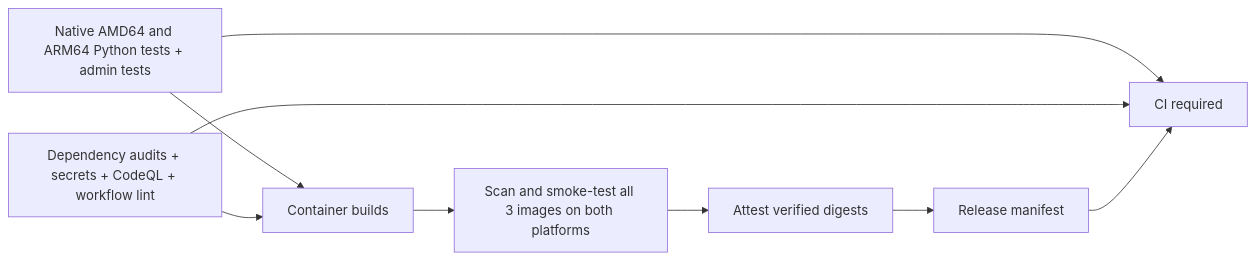
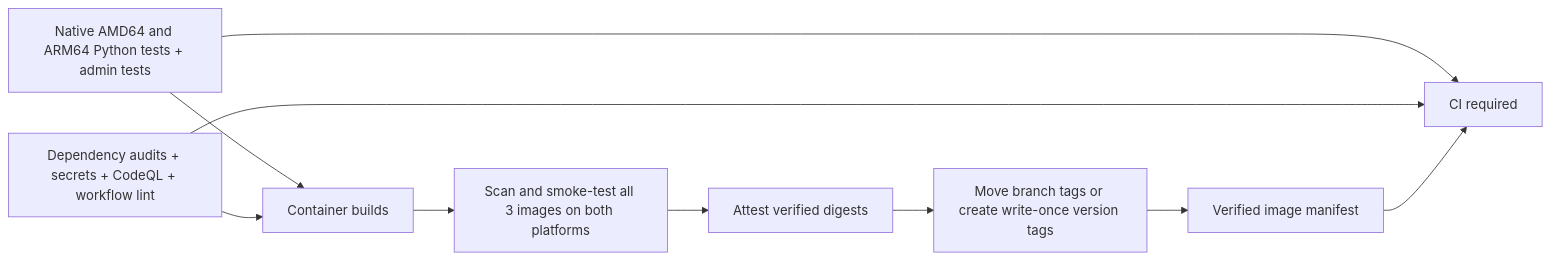
One commit to abhi1693/devfeed.tech changed the diagram in docs/ci.md. Above: the diagram before and after it, drawn with Mermaid. The commit also changed other lines of this file and 10 other files, not shown here.

Commit message:
ci: configure native build matrices and verified image promotion

````diff
--- a/docs/ci.md
+++ b/docs/ci.md
@@ -7,11 +7,12 @@
 ```mermaid
 flowchart LR
   T[Native AMD64 and ARM64 Python tests + admin tests] --> B[Container builds]
   S[Dependency audits + secrets + CodeQL + workflow lint] --> B
   B --> V[Scan and smoke-test all 3 images on both platforms]
   V --> A[Attest verified digests]
-  A --> M[Release manifest]
+  A --> P[Move branch tags or create write-once version tags]
+  P --> M[Verified image manifest]
   T --> R[CI required]
   S --> R
   M --> R
 ```
````
